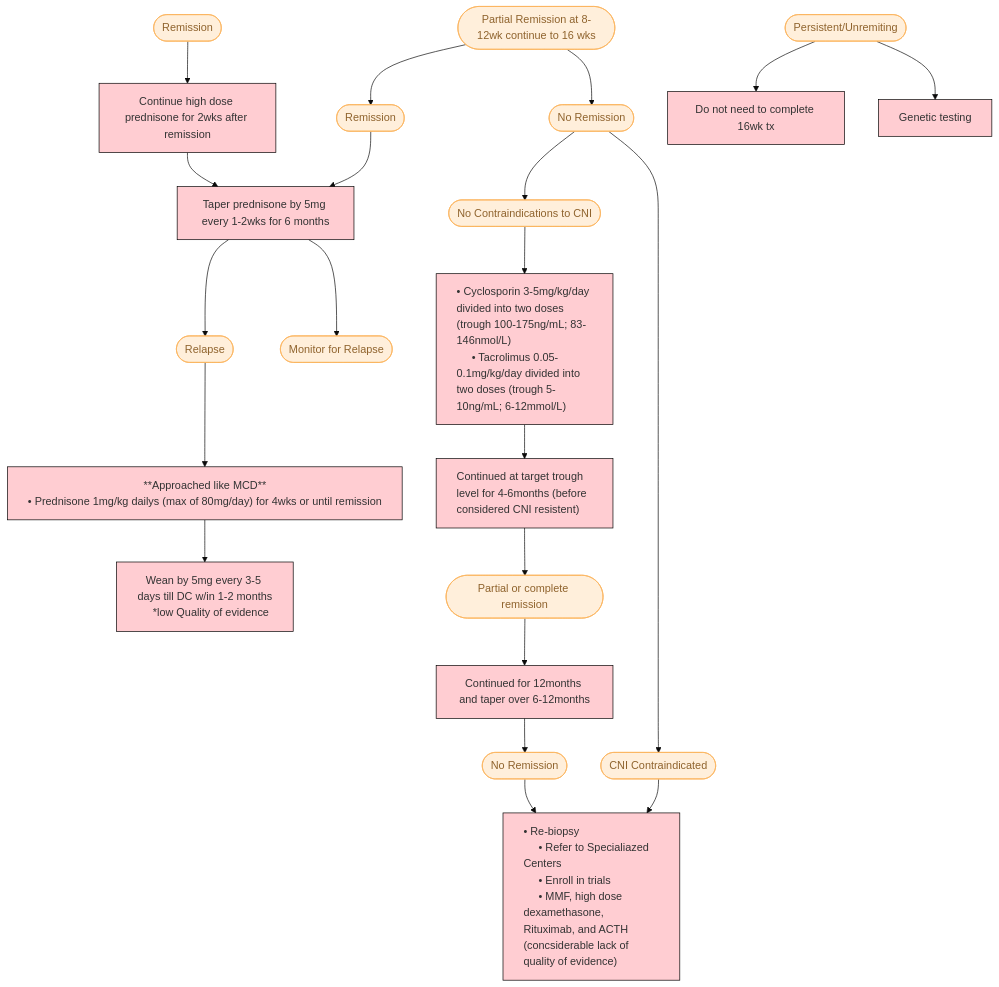
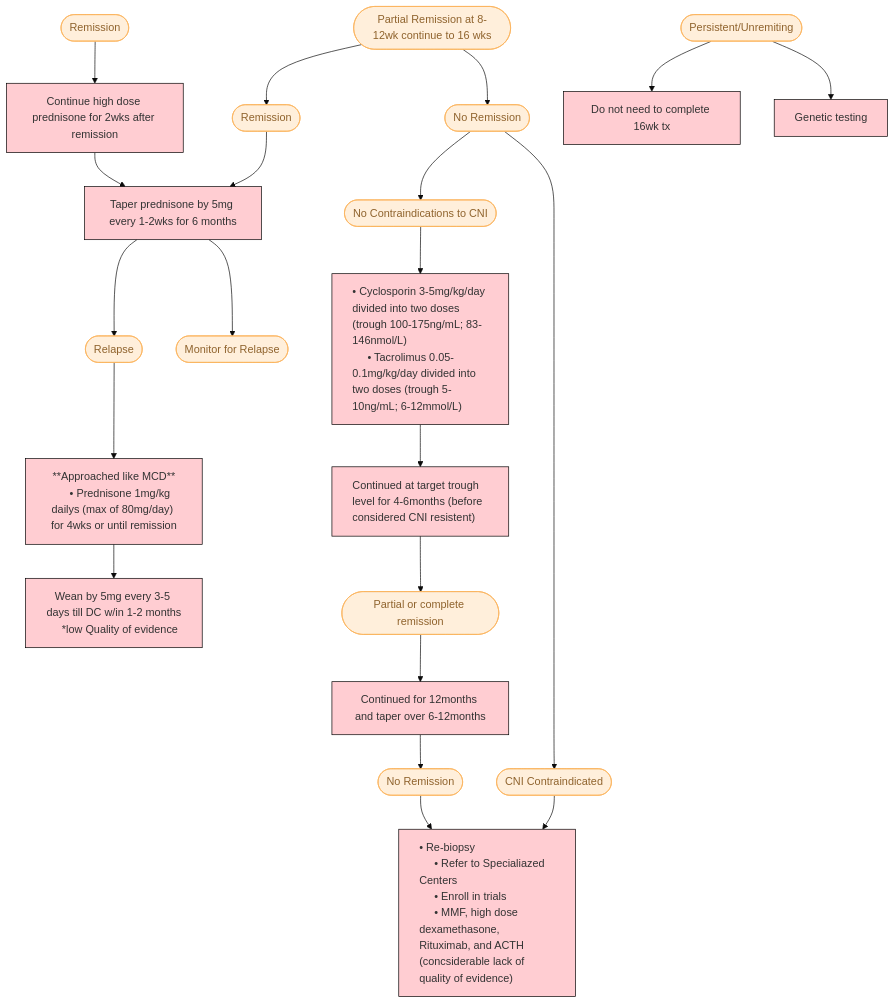
One commit to TTUNEPH2025/GN changed the third of 3 diagrams in docs/FSGS.md. Above: the diagram before and after it, drawn with Mermaid (base theme).

````diff
--- a/docs/FSGS.md
+++ b/docs/FSGS.md
@@ -144,49 +144,49 @@
 ```mermaid
 flowchart TD
     n6["Continue high dose prednisone for 2wks after remission"] --> n7["Taper prednisone by 5mg every 1-2wks for 6 months"]
     n7 --> n8(["Relapse"]) & n9(["Monitor for Relapse"])
     n8 --> n10["**Approached like MCD**
      • Prednisone 1mg/kg dailys (max of 80mg/day) for 4wks or until remission"]
     n10 --> n11["Wean by 5mg every 3-5 days till DC w/in 1-2 months
     *low Quality of evidence"]
     n12(["Partial Remission at 8-12wk continue to 16 wks"]) --> n13(["Remission"]) & n14(["No Remission"])
     n13 --> n7
     n14 --> n21(["CNI Contraindicated"]) & n28(["No Contraindications to CNI"])
     n15["• Cyclosporin 3-5mg/kg/day divided into two doses (trough 100-175ng/mL; 83-146nmol/L)
      • Tacrolimus 0.05-0.1mg/kg/day divided into two doses (trough 5-10ng/mL; 6-12mmol/L)"] --> n16["Continued at target trough level for 4-6months (before considered CNI resistent)"]
     n16 --> n17(["Partial or complete remission"])
     n17 --> n18["Continued for 12months and taper over 6-12months"]
     n18 --> n19(["No Remission"])
     n19 --> n20["• Re-biopsy
      • Refer to Specialiazed Centers
      • Enroll in trials
      • MMF, high dose dexamethasone, Rituximab, and ACTH (concsiderable lack of quality of evidence)"]
     n21 --> n20
     n22(["Persistent/Unremiting"]) --> n30["Do not need to complete 16wk tx"] & n23["Genetic testing"]
     n28 --> n15
     n29(["Remission"]) --> n6
      n8:::Peach
      n9:::Peach
      n12:::Peach
      n13:::Peach
      n14:::Peach
      n21:::Peach
      n28:::Peach
      n17:::Peach
      n19:::Peach
      n22:::Peach
      n23:::Class_01
      n29:::Peach
     classDef Peach stroke-width:1px, stroke-dasharray:none, stroke:#FBB35A, fill:#FFEFDB, color:#8F632D
     classDef Class_01 fill:#FFCDD2
     style n6 fill:#FFCDD2,stroke:#000000
     style n7 fill:#FFCDD2,stroke:#000000
-    style n10 fill:#FFCDD2,stroke:#000000,white-space:nowrap
+    style n10 fill:#FFCDD2,stroke:#000000
     style n11 fill:#FFCDD2,stroke:#000000
     style n15 fill:#FFCDD2,stroke:#000000,text-align:left
     style n16 fill:#FFCDD2,stroke:#000000,text-align:left
     style n18 fill:#FFCDD2,stroke:#000000
     style n20 fill:#FFCDD2,stroke:#000000,text-align:left
     style n30 fill:#FFCDD2,stroke:#000000
     style n23 stroke:#000000
 ```
````
